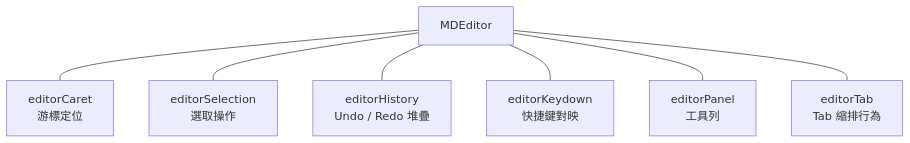
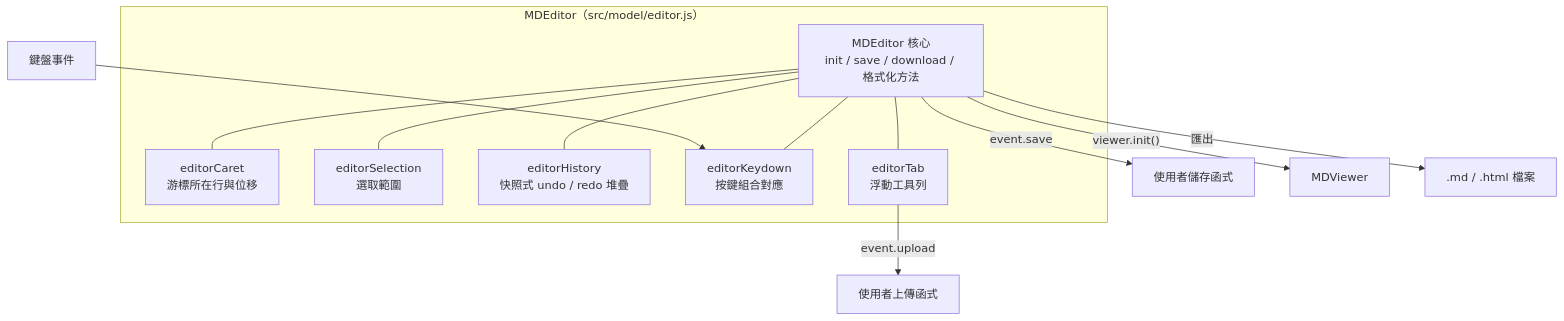
Before and after one commit to pardnchiu/NanoMD: the second of 7 diagrams in doc/architecture.zh.md, drawn with Mermaid. The commit also changed other lines of this file and 8 other files, not shown here.

````diff
--- a/doc/architecture.zh.md
+++ b/doc/architecture.zh.md
@@ -24,9 +28,21 @@
 ```mermaid
 graph TB
-    Editor[MDEditor] --- Caret[editorCaret<br/>游標定位]
-    Editor --- Selection[editorSelection<br/>選取操作]
-    Editor --- History[editorHistory<br/>Undo / Redo 堆疊]
-    Editor --- Keydown[editorKeydown<br/>快捷鍵對映]
-    Editor --- Panel[editorPanel<br/>工具列]
-    Editor --- Tab[editorTab<br/>Tab 縮排行為]
+    subgraph MDEditor["MDEditor（src/model/editor.js）"]
+        Core[MDEditor 核心<br/>init / save / download / 格式化方法]
+        Caret[editorCaret<br/>游標所在行與位移]
+        Selection[editorSelection<br/>選取範圍]
+        History[editorHistory<br/>快照式 undo / redo 堆疊]
+        Keydown[editorKeydown<br/>按鍵組合對應]
+        Tab[editorTab<br/>浮動工具列]
+        Core --- Caret
+        Core --- Selection
+        Core --- History
+        Core --- Keydown
+        Core --- Tab
+    end
+    Keyboard[鍵盤事件] --> Keydown
+    Tab -->|event.upload| Upload[使用者上傳函式]
+    Core -->|event.save| Save[使用者儲存函式]
+    Core -->|"viewer.init()"| Viewer[MDViewer]
+    Core -->|匯出| File[.md / .html 檔案]
 ```
````
